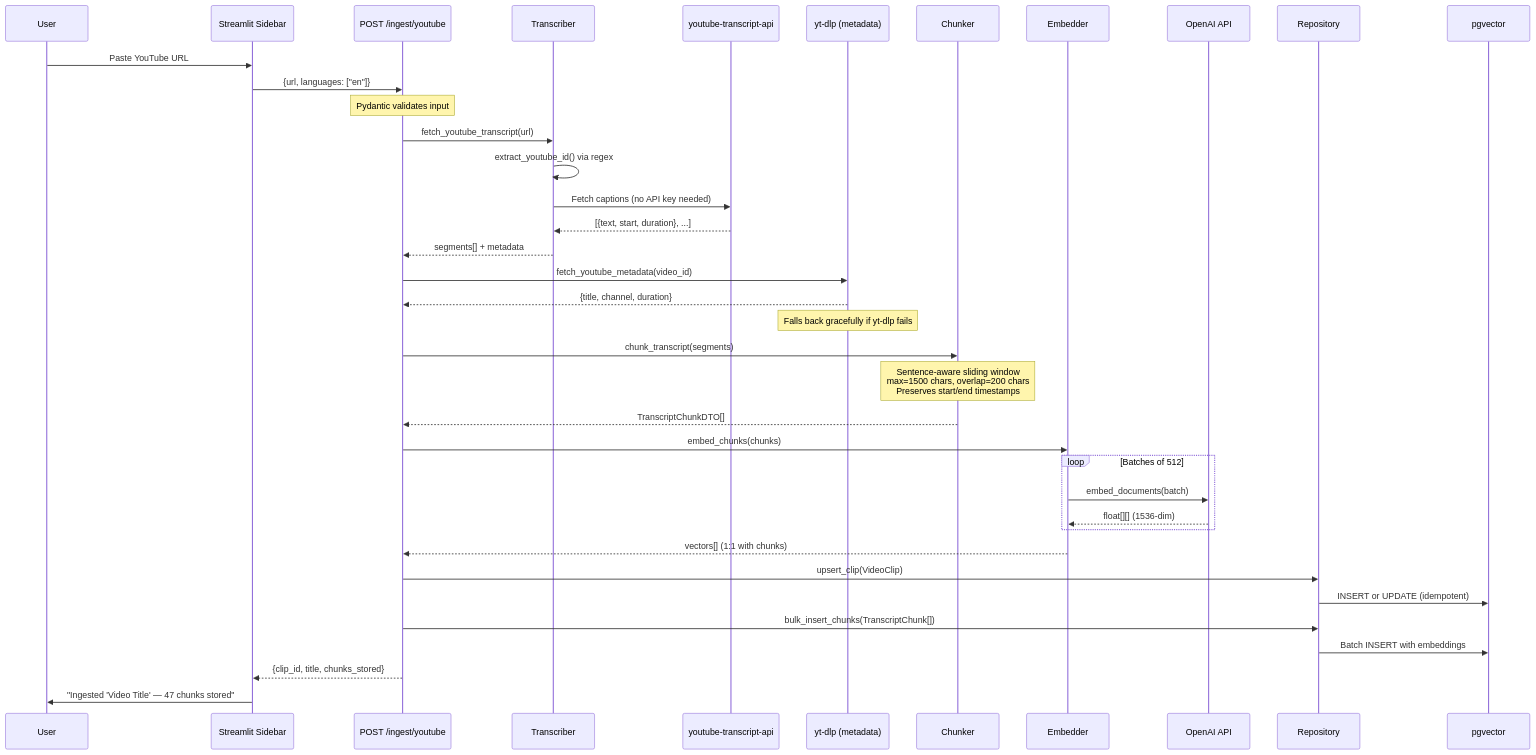
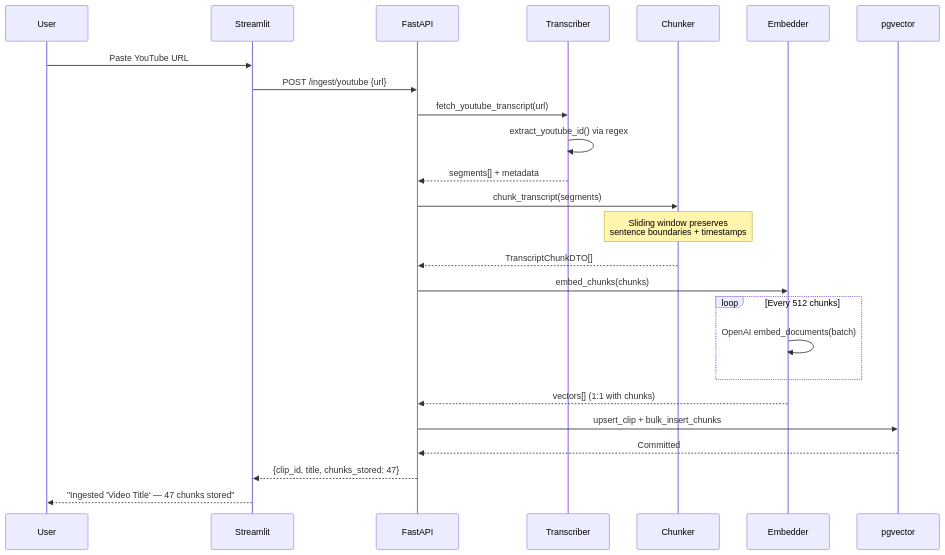
Before and after one commit to singhrobin123/semantic-video-search: the fourth of 8 diagrams in README.md, drawn with Mermaid. The commit also changed other lines of this file, not shown here.

Commit message:
Improve README: Mermaid diagrams, better readability, collapsible API docs

````diff
--- a/README.md
+++ b/README.md
@@ -222,48 +235,33 @@
 ```mermaid
 sequenceDiagram
     participant U as User
-    participant FE as Streamlit Sidebar
-    participant API as POST /ingest/youtube
+    participant FE as Streamlit
+    participant API as FastAPI
     participant TR as Transcriber
-    participant YT as youtube-transcript-api
-    participant YD as yt-dlp (metadata)
     participant CH as Chunker
     participant EM as Embedder
-    participant OAI as OpenAI API
-    participant R as Repository
     participant DB as pgvector
 
     U->>FE: Paste YouTube URL
-    FE->>API: {url, languages: ["en"]}
-
-    Note over API: Pydantic validates input
-
+    FE->>API: POST /ingest/youtube {url}
+    
     API->>TR: fetch_youtube_transcript(url)
     TR->>TR: extract_youtube_id() via regex
-    TR->>YT: Fetch captions (no API key needed)
-    YT-->>TR: [{text, start, duration}, ...]
     TR-->>API: segments[] + metadata
-
-    API->>YD: fetch_youtube_metadata(video_id)
-    YD-->>API: {title, channel, duration}
-    Note over YD: Falls back gracefully if yt-dlp fails
-
+    
     API->>CH: chunk_transcript(segments)
-    Note over CH: Sentence-aware sliding window<br/>max=1500 chars, overlap=200 chars<br/>Preserves start/end timestamps
+    Note over CH: Sliding window preserves<br/>sentence boundaries + timestamps
     CH-->>API: TranscriptChunkDTO[]
-
+    
     API->>EM: embed_chunks(chunks)
-    loop Batches of 512
-        EM->>OAI: embed_documents(batch)
-        OAI-->>EM: float[][] (1536-dim)
+    loop Every 512 chunks
+        EM->>EM: OpenAI embed_documents(batch)
     end
     EM-->>API: vectors[] (1:1 with chunks)
-
-    API->>R: upsert_clip(VideoClip)
-    R->>DB: INSERT or UPDATE (idempotent)
-    API->>R: bulk_insert_chunks(TranscriptChunk[])
-    R->>DB: Batch INSERT with embeddings
-
-    API-->>FE: {clip_id, title, chunks_stored}
-    FE->>U: "Ingested 'Video Title' — 47 chunks stored"
+    
+    API->>DB: upsert_clip + bulk_insert_chunks
+    DB-->>API: Committed
+    
+    API-->>FE: {clip_id, title, chunks_stored: 47}
+    FE-->>U: "Ingested 'Video Title' — 47 chunks stored"
 ```
````
